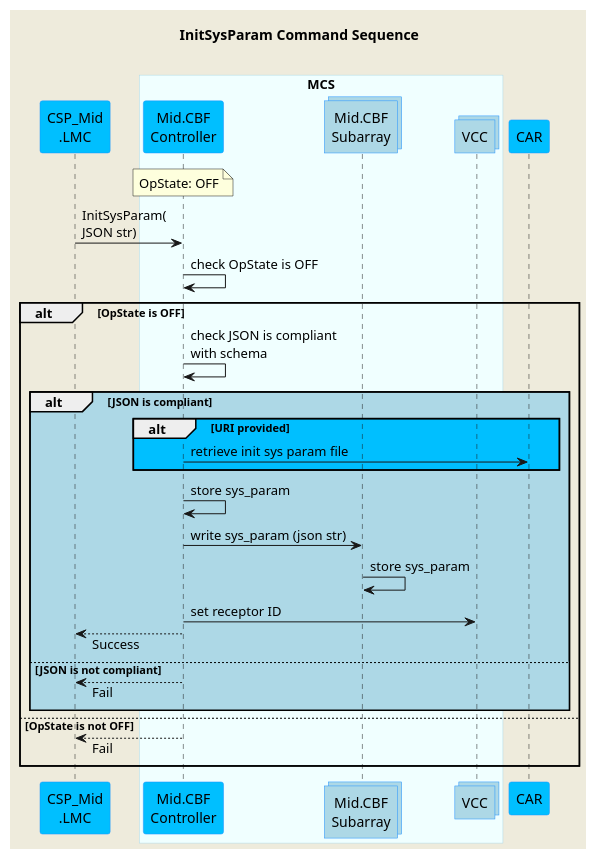
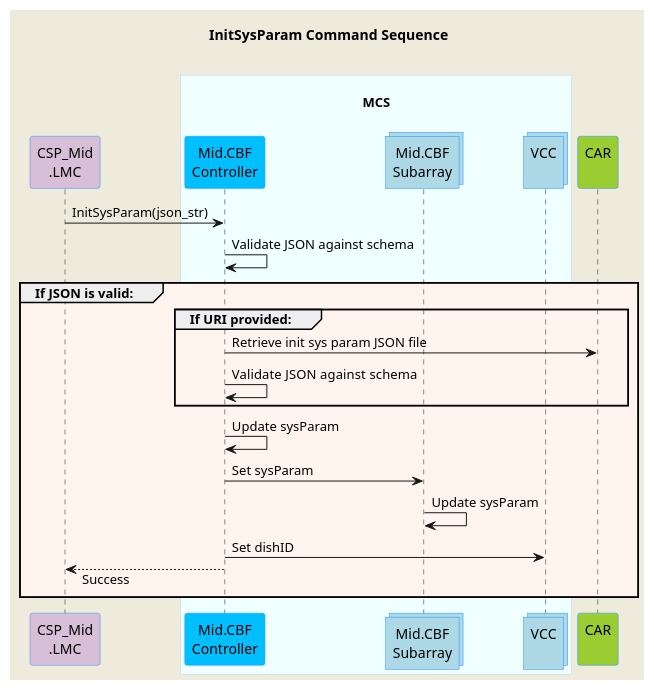
The diagram in docs/src/diagrams/initsysparam-command.puml (ska-telescope/mid-cbf-mcs), drawn with PlantUML before and after one commit. The commit also changed 19 other files, not shown here.

```diff
--- a/docs/src/diagrams/initsysparam-command.puml
+++ b/docs/src/diagrams/initsysparam-command.puml
@@ -1,48 +1,44 @@
 @startuml
 'https://plantuml.com/sequence-diagram
 skinparam backgroundColor #EEEBDC
 skinparam sequence {
 ParticipantBorderColor DodgerBlue
 ParticipantBackgroundColor DeepSkyBlue
 ActorBorderColor DarkGreen
 ActorBackgroundColor Green
 BoxBorderColor LightBlue
 BoxBackgroundColor #F0FFFF
 }
 skinparam collections {
   BackGroundColor LightBlue
   BorderColor DodgerBlue
 }
 skinparam responseMessageBelowArrow true
+
 title InitSysParam Command Sequence\n
-participant "CSP_Mid\n.LMC" as lmc
-box "MCS"
-participant "Mid.CBF\nController" as control
-collections "Mid.CBF\nSubarray" as subarray
-collections "VCC" as vcc
+
+participant "CSP_Mid\n.LMC" as lmc #Thistle
+box "\nMCS\n"
+  participant "Mid.CBF\nController" as controller
+  collections "Mid.CBF\nSubarray" as subarray
+  collections "VCC\n" as vcc
 end box
-participant "CAR" as car
-note over control                 : OpState: OFF
-lmc          -> control           : InitSysParam(\nJSON str)
-control      -> control           : check OpState is OFF
+participant "CAR\n" as car #YellowGreen
 
-alt OpState is OFF
-control      -> control           : check JSON is compliant \nwith schema
+lmc          -> controller          : InitSysParam(json_str)
+controller   -> controller          : Validate JSON against schema
 
-alt #LightBlue JSON is compliant
-alt #DeepSkyBlue URI provided
-control      -> car               : retrieve init sys param file
-end
-control      -> control           : store sys_param
-control      -> subarray          : write sys_param (json str)
-subarray     -> subarray          : store sys_param
-control      -> vcc               : set receptor ID
-lmc         <-- control           : Success
-else JSON is not compliant
-lmc         <-- control           : Fail
-end
+group #SeaShell If JSON is valid:
+  group #SeaShell If URI provided:
+    controller    -> car            : Retrieve init sys param JSON file
+    controller    -> controller     : Validate JSON  against schema
+  end group
+  controller      -> controller     : Update sysParam
+  controller      -> subarray       : Set sysParam
+  subarray        -> subarray       : Update sysParam
+  controller      -> vcc            : Set dishID
+  lmc         <-- controller        : Success
+end group
 
-else OpState is not OFF
-lmc         <-- control           : Fail
-end
+
 @enduml
```
